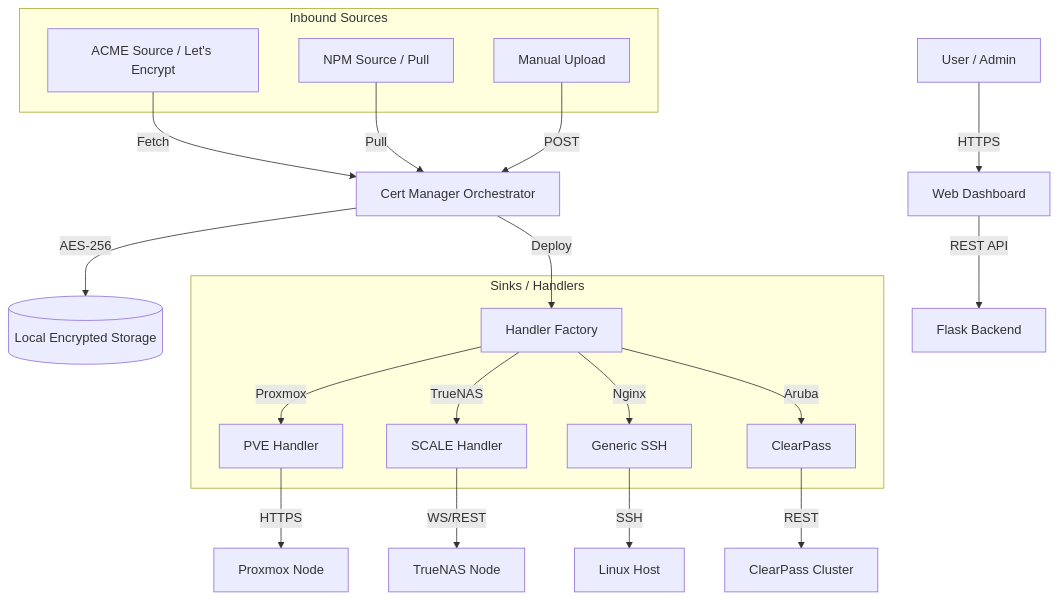
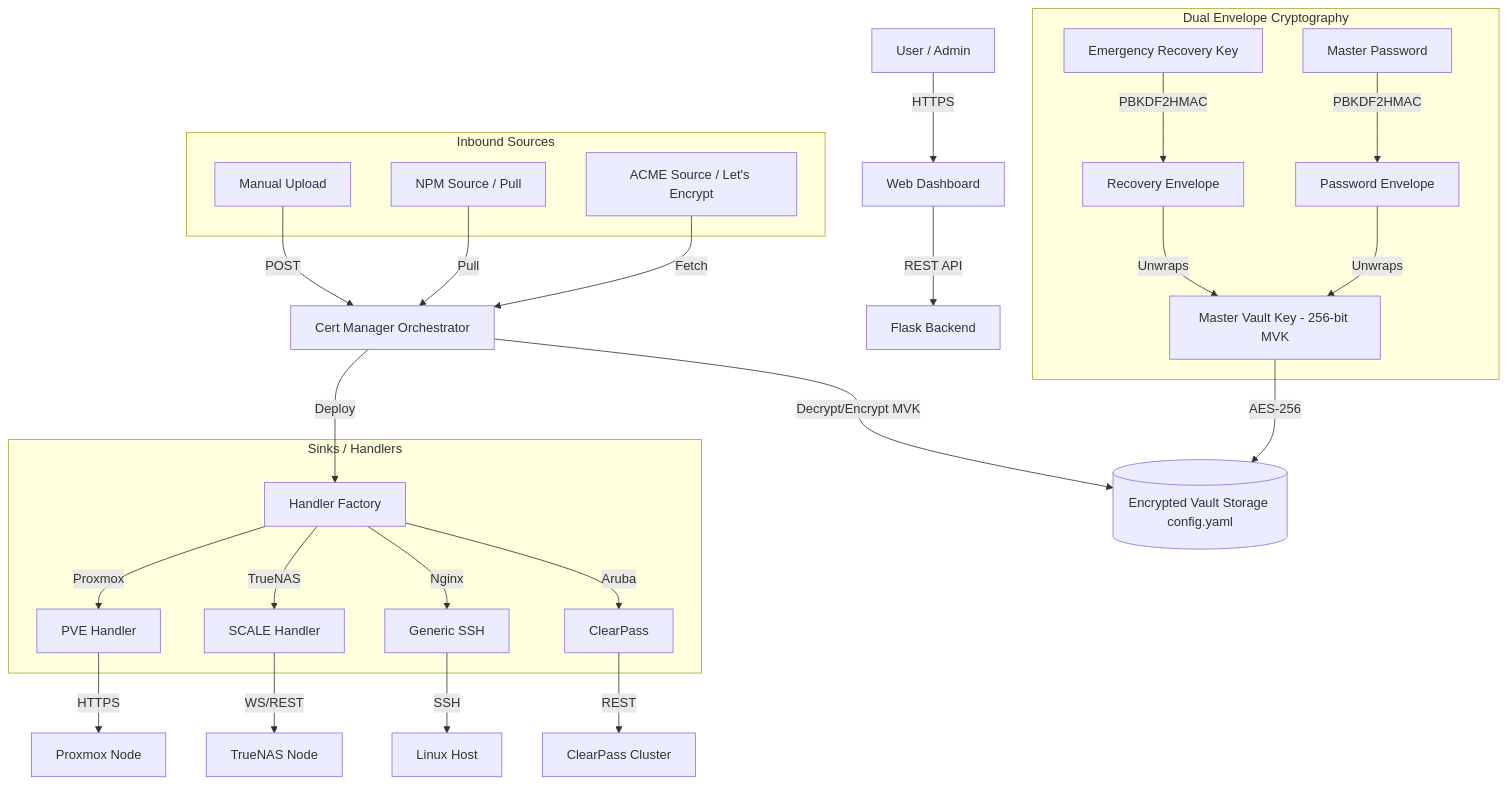
One commit to lokesh-sg/cert-automator changed the diagram in documentation/architecture.md. Above: the diagram before and after it, drawn with Mermaid. The commit also changed other lines of this file and 9 other files, not shown here.

Commit message:
Release v1.2.1: Dual-Envelope Cryptography, zero-data-loss recovery, auto-migration, and security hardening

````diff
--- a/documentation/architecture.md
+++ b/documentation/architecture.md
@@ -10,31 +10,39 @@
 ```mermaid
 graph TD
     User[User / Admin] -->|HTTPS| WebUI[Web Dashboard]
     WebUI -->|REST API| Flask[Flask Backend]
     
+    subgraph Dual Envelope Cryptography
+    Pass[Master Password] -->|PBKDF2HMAC| PE[Password Envelope]
+    RecKey[Emergency Recovery Key] -->|PBKDF2HMAC| RE[Recovery Envelope]
+    PE -->|Unwraps| MVK[Master Vault Key - 256-bit MVK]
+    RE -->|Unwraps| MVK
+    end
+
+    MVK -->|AES-256| Storage[(Encrypted Vault Storage config.yaml)]
+
     subgraph Inbound Sources
     ACME[ACME Source / Let's Encrypt]
     NPM[NPM Source / Pull]
     UPLOAD[Manual Upload]
     end
     
     ACME -->|Fetch| Manager[Cert Manager Orchestrator]
     NPM -->|Pull| Manager
     UPLOAD -->|POST| Manager
     
-    Manager -->|AES-256| Storage[(Local Encrypted Storage)]
-    
+    Manager -->|Decrypt/Encrypt MVK| Storage
     Manager -->|Deploy| Factory[Handler Factory]
     
     subgraph Sinks / Handlers
     Factory -->|Proxmox| H1[PVE Handler]
     Factory -->|TrueNAS| H2[SCALE Handler]
     Factory -->|Nginx| H3[Generic SSH]
     Factory -->|Aruba| H4[ClearPass]
     end
     
     H1 -->|HTTPS| Ext1[Proxmox Node]
     H2 -->|WS/REST| Ext2[TrueNAS Node]
     H3 -->|SSH| Ext3[Linux Host]
     H4 -->|REST| Ext4[ClearPass Cluster]
 ```
````
